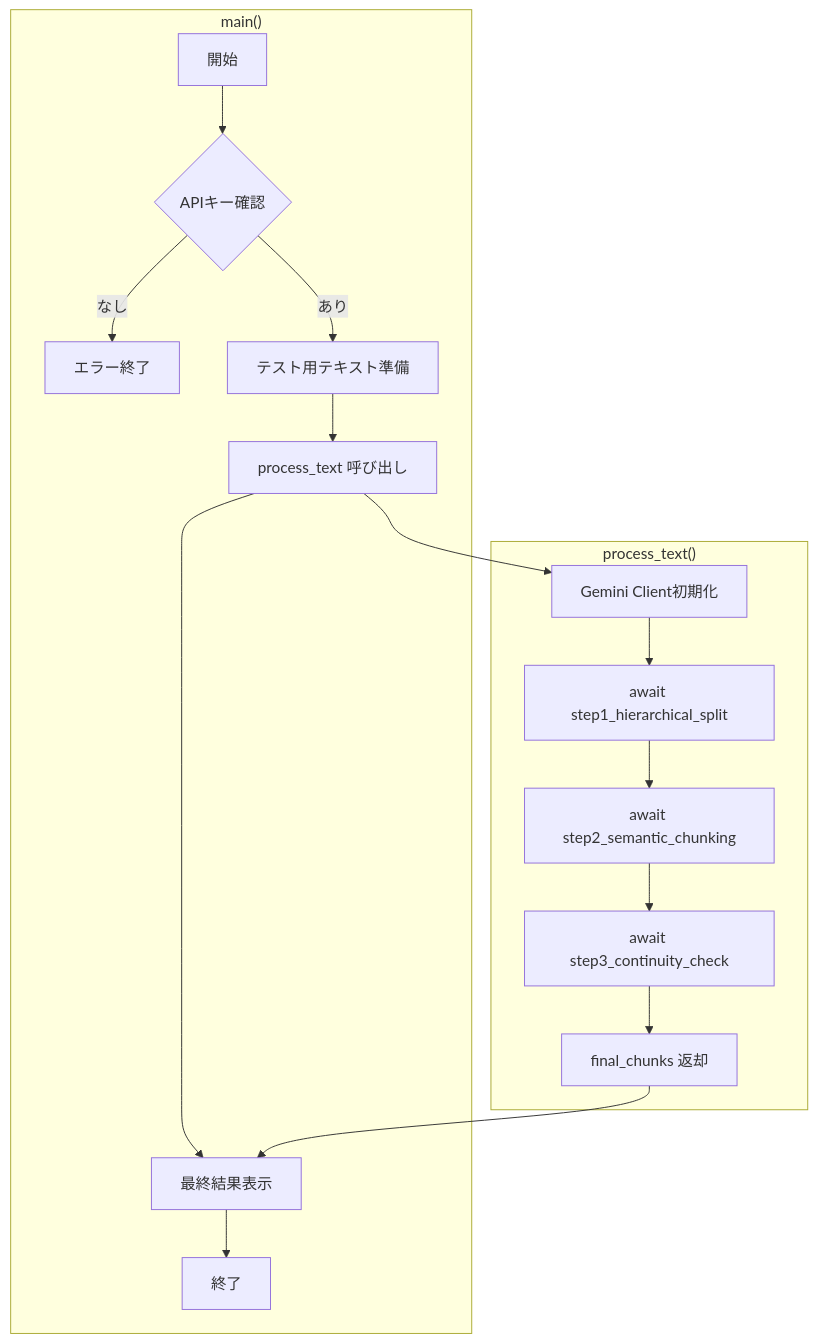
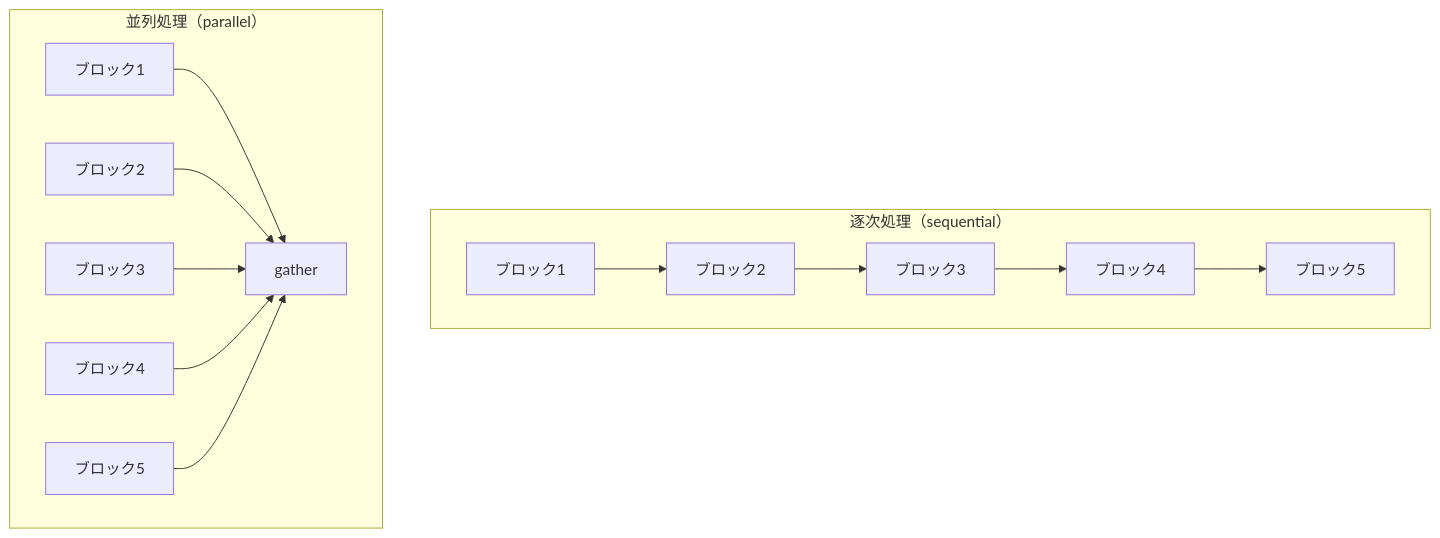
Before and after one commit to nakashima2toshio/gemini_grace_agent: the fifth of 6 diagrams in chunking/doc/check_async.md, drawn with Mermaid. The commit also changed other lines of this file and 134 other files, not shown here.

````diff
--- a/chunking/doc/check_async.md
+++ b/chunking/doc/check_async.md
@@ -524,21 +885,22 @@
 ```mermaid
-flowchart TD
-    subgraph Main["main()"]
-        A[開始] --> B{APIキー確認}
-        B -->|なし| C[エラー終了]
-        B -->|あり| D[テスト用テキスト準備]
-        D --> E[process_text 呼び出し]
-        E --> F[最終結果表示]
-        F --> G[終了]
+flowchart TB
+    subgraph SEQ["逐次処理（sequential）"]
+        S1[ブロック1] --> S2[ブロック2]
+        S2 --> S3[ブロック3]
+        S3 --> S4[ブロック4]
+        S4 --> S5[ブロック5]
     end
 
-    subgraph Process["process_text()"]
-        E --> P1[Gemini Client初期化]
-        P1 --> P2[await step1_hierarchical_split]
-        P2 --> P3[await step2_semantic_chunking]
-        P3 --> P4[await step3_continuity_check]
-        P4 --> P5[final_chunks 返却]
+    subgraph PAR["並列処理（parallel）"]
+        P1[ブロック1]
+        P2[ブロック2]
+        P3[ブロック3]
+        P4[ブロック4]
+        P5[ブロック5]
+        P1 --> GATHER[gather]
+        P2 --> GATHER
+        P3 --> GATHER
+        P4 --> GATHER
+        P5 --> GATHER
     end
-
-    P5 --> F
 ```
````
